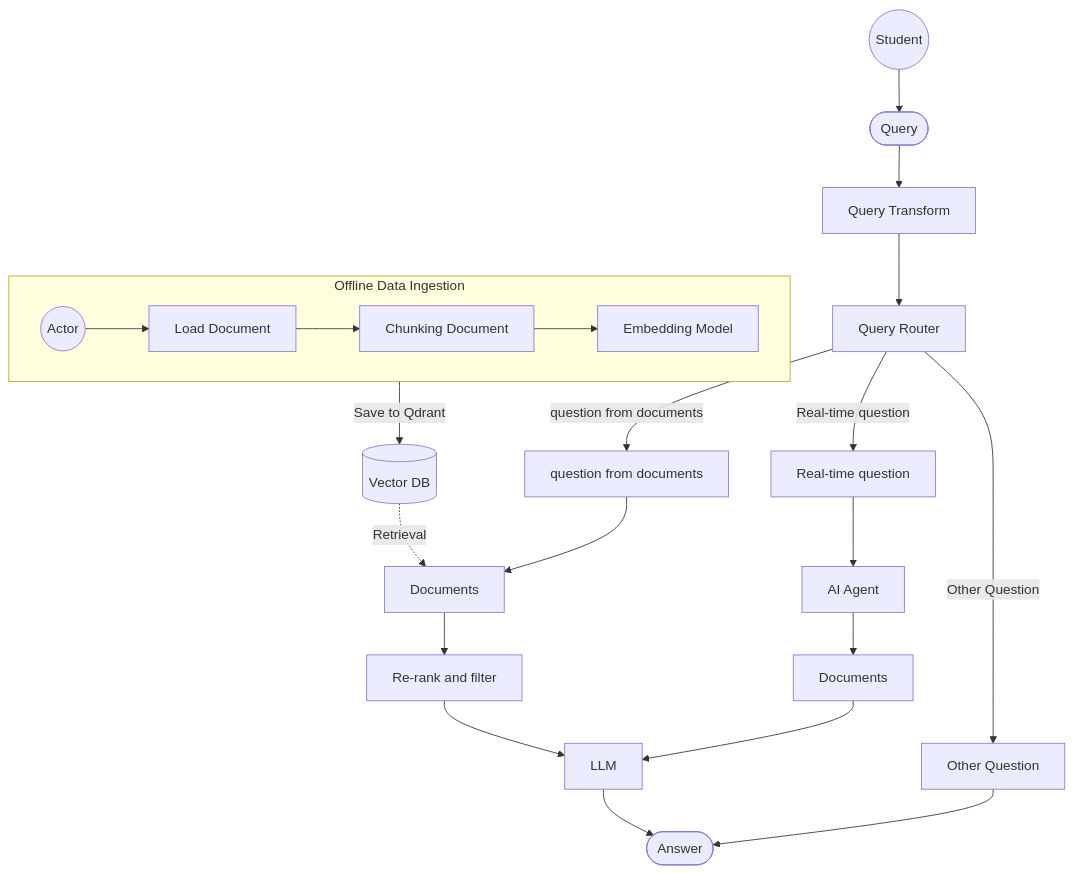
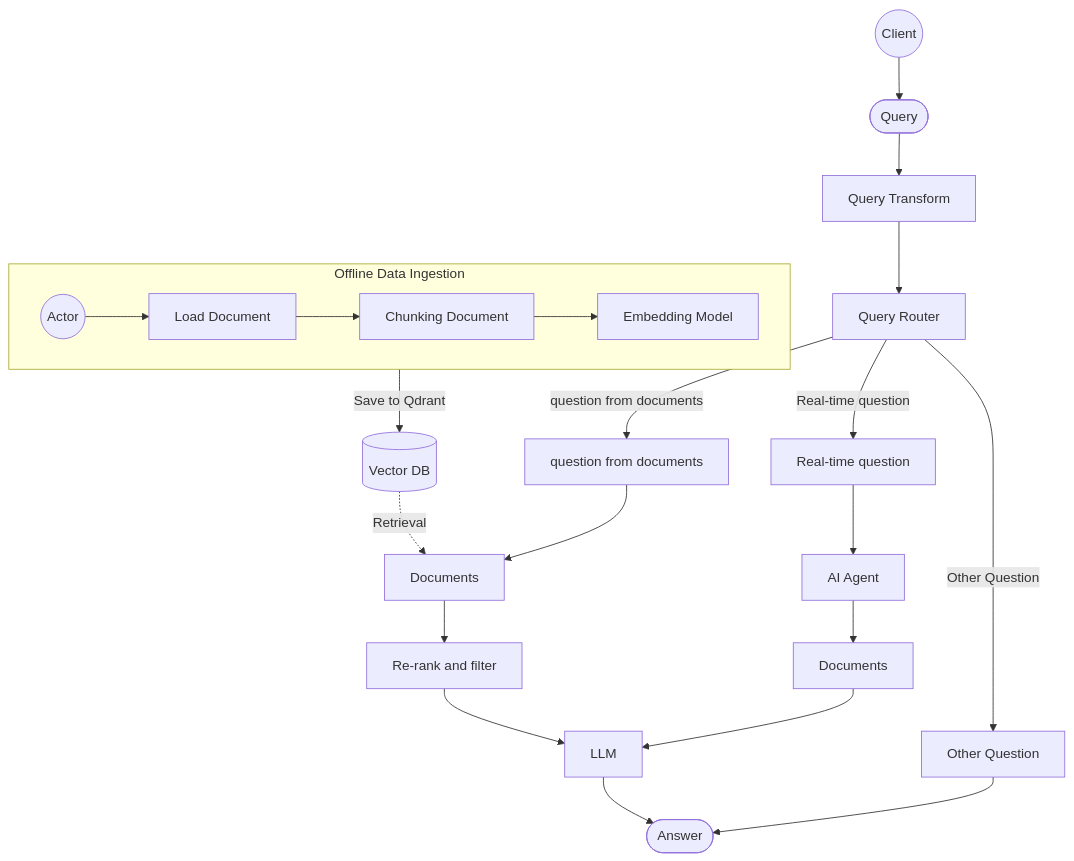
The diagram in README.md (DusTran0804/Rag_ChatBot), drawn with Mermaid before and after one commit. The commit also changed other lines of this file and 5 other files, not shown here.

````diff
--- a/README.md
+++ b/README.md
@@ -9,38 +9,38 @@
 ```mermaid
 flowchart TD
     %% Ingestion Pipeline
     subgraph Ingestion [Offline Data Ingestion]
         direction LR
         A1((Actor)) --> B1[Load Document]
         B1 --> C1[Chunking Document]
         C1 --> D1[Embedding Model]
     end
 
     D1 -- Save to Qdrant --> VDB[(Vector DB)]
 
     %% Query Pipeline
-    U1((Student)) --> Q1([Query])
+    U1((Client)) --> Q1([Query])
     
     Q1 --> QT[Query Transform]
     QT --> QR[Query Router]
     
     %% Routing
     QR -- question from documents --> R1[question from documents]
     QR -- Real-time question --> R2[Real-time question]
     QR -- Other Question --> R3[Other Question]
     
     %% Branch 1: RAG Documents
     R1 --> D2[Documents]
     VDB -. Retrieval .-> D2
     D2 --> RR[Re-rank and filter]
     RR --> LLM[LLM]
     
     %% Branch 2: Real-time Search Agent
     R2 --> AG[AI Agent]
     AG --> D3[Documents]
     D3 --> LLM
     
     %% Branch 3: Direct Answer
     R3 --> ANS([Answer])
     LLM --> ANS
 ```
````
